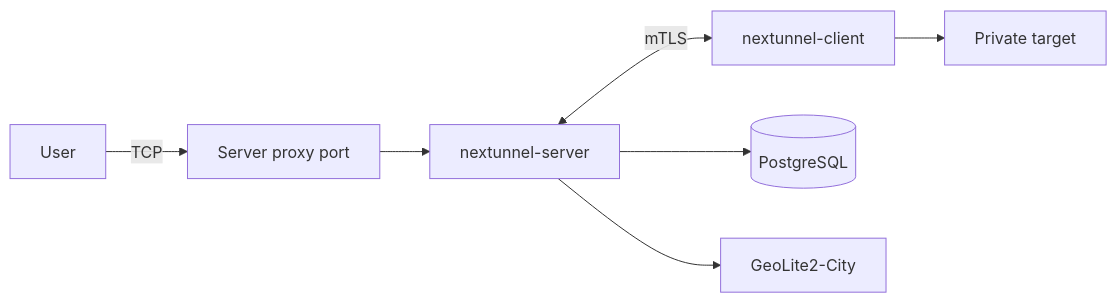
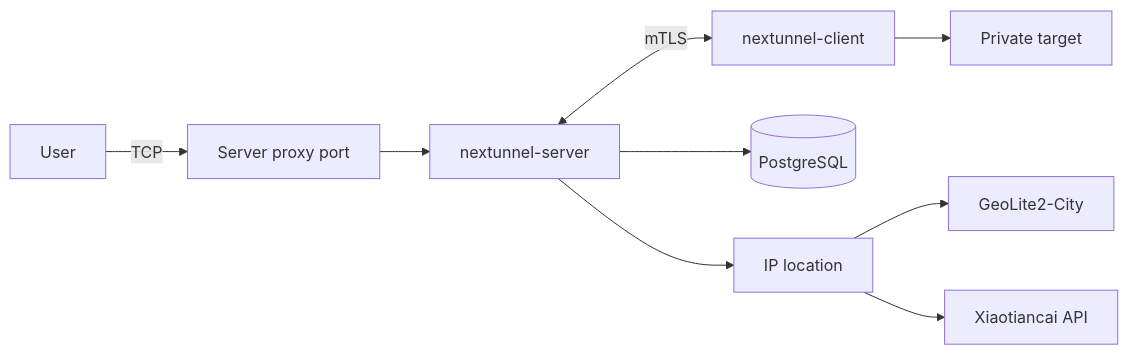
Before and after one commit to xiaotiancaipro/nextunnel: the diagram in README.md, drawn with Mermaid. The commit also changed other lines of this file and 1 other file, not shown here.

````diff
--- a/README.md
+++ b/README.md
@@ -26,9 +27,11 @@
 ```mermaid
 flowchart LR
     User[User] -->|TCP| Proxy[Server proxy port]
     Proxy --> Server[nextunnel-server]
     Server <-->|mTLS| Client[nextunnel-client]
     Client --> Target[Private target]
     Server --> PG[(PostgreSQL)]
-    Server --> Geo[GeoLite2-City]
+    Server --> IPLoc[IP location]
+    IPLoc --> Geo[GeoLite2-City]
+    IPLoc --> API[Xiaotiancai API]
 ```
````
